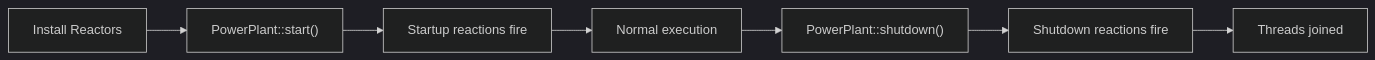
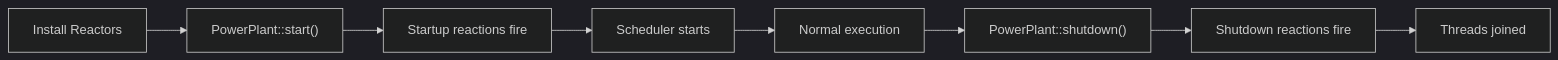
Before and after one commit to Fastcode/NUClear: the diagram in docs2/reference/dsl/startup.md, drawn with Mermaid (dark theme). The commit also changed other lines of this file and 8 other files, not shown here.

````diff
--- a/docs2/reference/dsl/startup.md
+++ b/docs2/reference/dsl/startup.md
@@ -17,9 +17,10 @@
 ```mermaid
 graph LR
     A[Install Reactors] --> B["PowerPlant::start()"]
     B --> C[Startup reactions fire]
-    C --> D[Normal execution]
-    D --> E["PowerPlant::shutdown()"]
-    E --> F[Shutdown reactions fire]
-    F --> G[Threads joined]
+    C --> D[Scheduler starts]
+    D --> E[Normal execution]
+    E --> F["PowerPlant::shutdown()"]
+    F --> G[Shutdown reactions fire]
+    G --> H[Threads joined]
 ```
````
